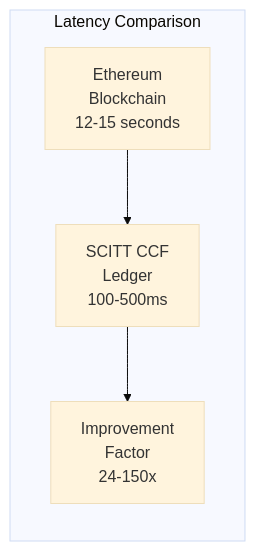
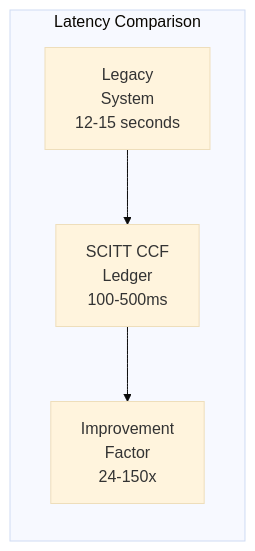
The tenth of 15 diagrams in docs/ARCHITECTURE.md (gitmujoshi/Confidential-AI-Network), drawn with Mermaid (base theme) before and after one commit. The commit also changed other lines of this file and 3 other files, not shown here.

````diff
--- a/docs/ARCHITECTURE.md
+++ b/docs/ARCHITECTURE.md
@@ -408,11 +408,11 @@
 ```mermaid
 graph LR
     subgraph "Latency Comparison"
-        EthereumLatency["Ethereum<br/>Blockchain<br/>12-15 seconds"]
+        LegacyLatency["Legacy<br/>System<br/>12-15 seconds"]
         SCITTLatency["SCITT CCF<br/>Ledger<br/>100-500ms"]
         LatencyImprovement["Improvement<br/>Factor<br/>24-150x"]
     end
     
-    EthereumLatency --> SCITTLatency
+    LegacyLatency --> SCITTLatency
     SCITTLatency --> LatencyImprovement
 ```
````
